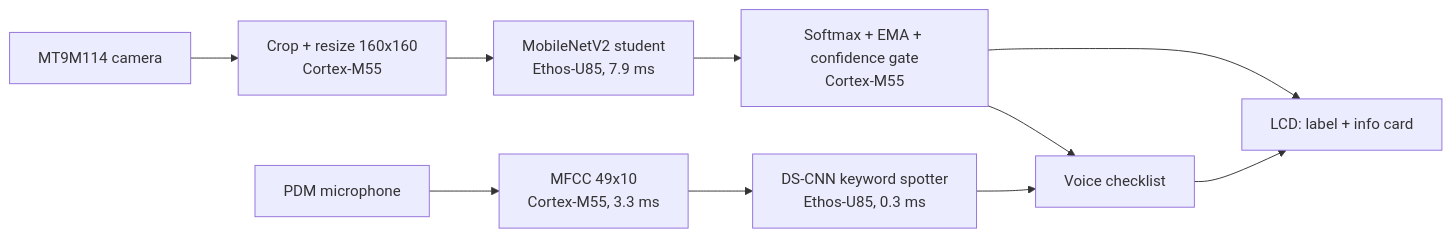
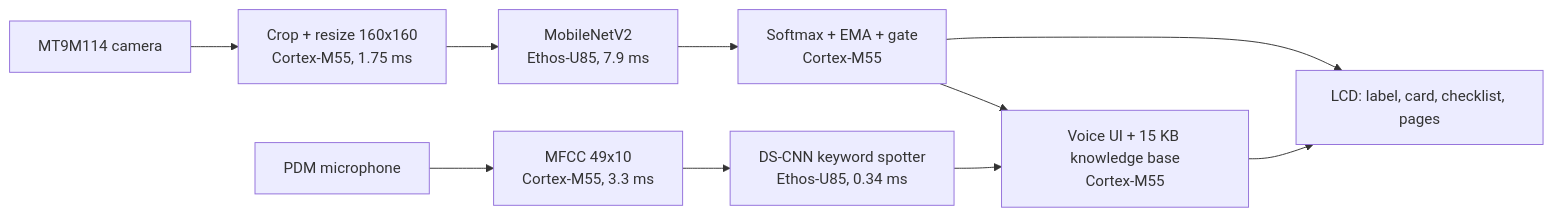
The diagram in README.md (abhijitbetigeri/CMSIS-Executorch), drawn with Mermaid before and after one commit. The commit also changed other lines of this file and 17 other files, not shown here.

````diff
--- a/README.md
+++ b/README.md
@@ -25,12 +60,12 @@
 ```mermaid
 flowchart LR
-  CAM[MT9M114 camera] --> PRE[Crop + resize 160x160<br/>Cortex-M55]
-  PRE --> CLS[MobileNetV2 student<br/>Ethos-U85, 7.9 ms]
-  CLS --> POST[Softmax + EMA + confidence gate<br/>Cortex-M55]
-  POST --> LCD[LCD: label + info card]
+  CAM[MT9M114 camera] --> PRE[Crop + resize 160x160<br/>Cortex-M55, 1.75 ms]
+  PRE --> CLS[MobileNetV2<br/>Ethos-U85, 7.9 ms]
+  CLS --> POST[Softmax + EMA + gate<br/>Cortex-M55]
+  POST --> LCD[LCD: label, card, checklist, pages]
   MIC[PDM microphone] --> MFCC[MFCC 49x10<br/>Cortex-M55, 3.3 ms]
-  MFCC --> KWS[DS-CNN keyword spotter<br/>Ethos-U85, 0.3 ms]
-  KWS --> UI[Voice checklist]
+  MFCC --> KWS[DS-CNN keyword spotter<br/>Ethos-U85, 0.34 ms]
+  KWS --> UI[Voice UI + 15 KB knowledge base<br/>Cortex-M55]
   POST --> UI
   UI --> LCD
 ```
````
